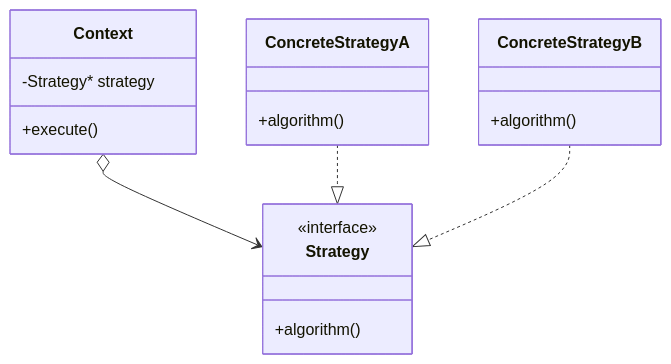
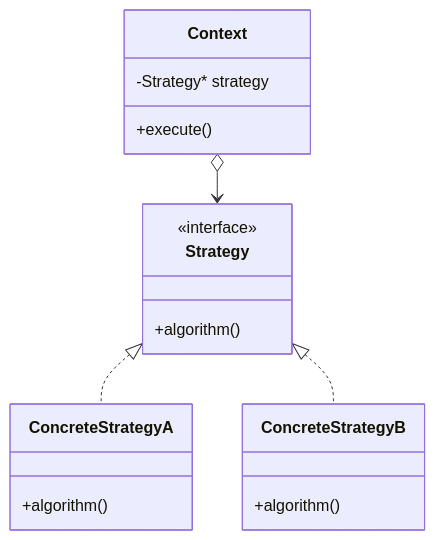
Before and after one commit to kumachan1101-pixel/DesignPattern: the tenth of 11 diagrams in kindle/design-patterns/books/volume01-core-patterns/output/chapter01.md, drawn with Mermaid. The commit also changed other lines of this file and 8 other files, not shown here.

````diff
--- a/kindle/design-patterns/books/volume01-core-patterns/output/chapter01.md
+++ b/kindle/design-patterns/books/volume01-core-patterns/output/chapter01.md
@@ -2809,20 +2825,20 @@
 ```mermaid
 classDiagram
     class Context {
         -Strategy* strategy
         +execute()
     }
     class Strategy {
         <<interface>>
         +algorithm()
     }
     class ConcreteStrategyA {
         +algorithm()
     }
     class ConcreteStrategyB {
         +algorithm()
     }
     Context o--> Strategy
-    ConcreteStrategyA ..|> Strategy
-    ConcreteStrategyB ..|> Strategy
+    Strategy <|.. ConcreteStrategyA
+    Strategy <|.. ConcreteStrategyB
 ```
````
